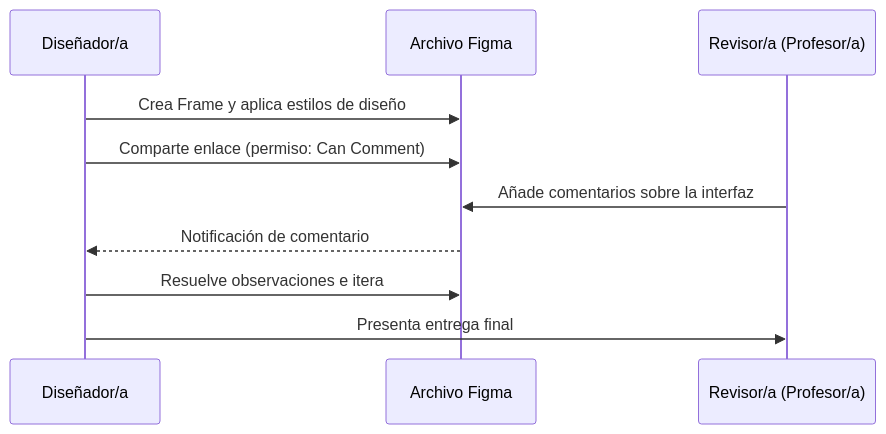
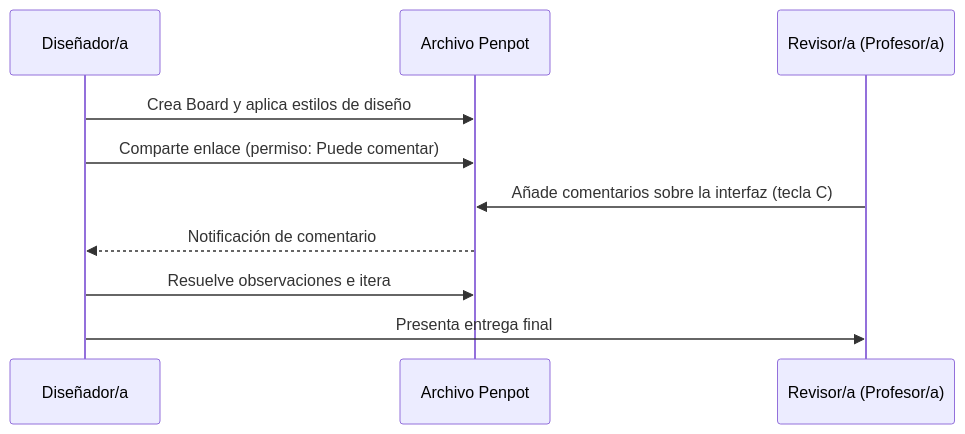
Before and after one commit to jmfiorisies/diw: the eighth of 10 diagrams in docs/ud1.md, drawn with Mermaid. The commit also changed other lines of this file and 3 other files, not shown here.

````diff
--- a/docs/ud1.md
+++ b/docs/ud1.md
@@ -303,13 +388,13 @@
 ```mermaid
 sequenceDiagram
     participant D as Diseñador/a
-    participant F as Archivo Figma
+    participant P as Archivo Penpot
     participant R as Revisor/a (Profesor/a)
-    D->>F: Crea Frame y aplica estilos de diseño
-    D->>F: Comparte enlace (permiso: Can Comment)
-    R->>F: Añade comentarios sobre la interfaz
-    F-->>D: Notificación de comentario
-    D->>F: Resuelve observaciones e itera
+    D->>P: Crea Board y aplica estilos de diseño
+    D->>P: Comparte enlace (permiso: Puede comentar)
+    R->>P: Añade comentarios sobre la interfaz (tecla C)
+    P-->>D: Notificación de comentario
+    D->>P: Resuelve observaciones e itera
     D->>R: Presenta entrega final
 
 ```
````
